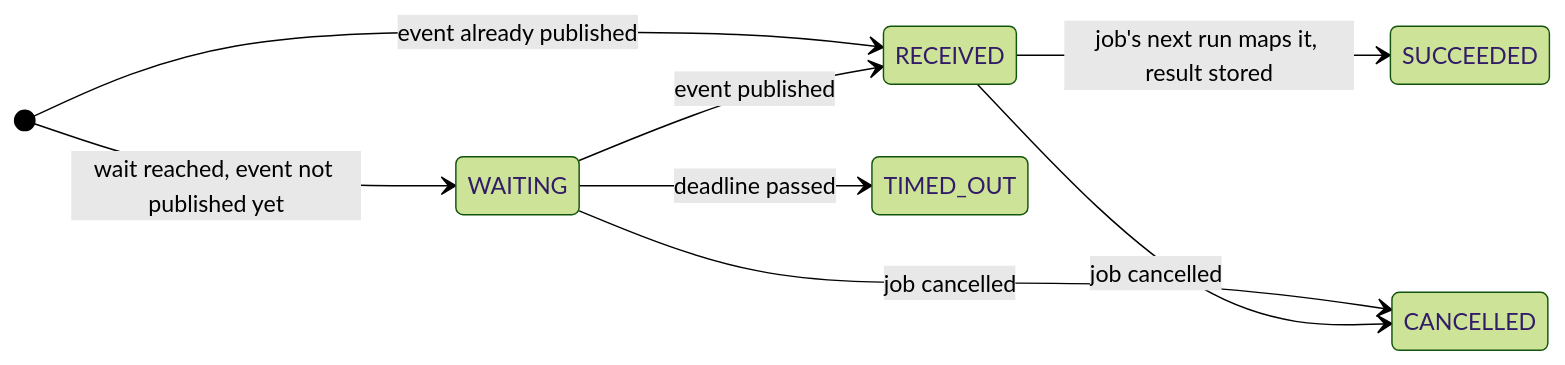
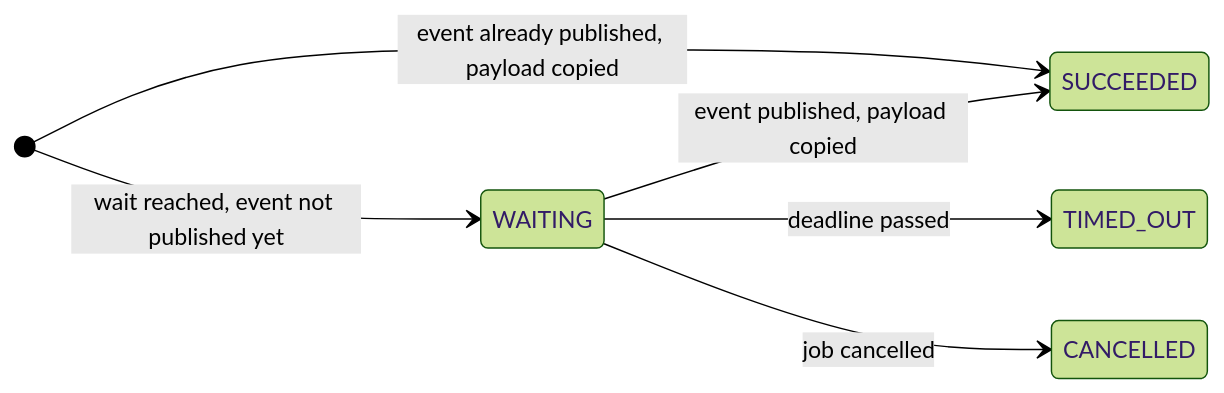
One commit to bikesched/bikesched changed the diagram in docs/events.md. Above: the diagram before and after it, drawn with Mermaid (forest theme). The commit also changed other lines of this file and 25 other files, not shown here.

````diff
--- a/docs/events.md
+++ b/docs/events.md
@@ -40,11 +41,9 @@
 ```mermaid
 stateDiagram-v2
     direction LR
     [*] --> WAITING: wait reached, event not published yet
-    [*] --> RECEIVED: event already published
-    WAITING --> RECEIVED: event published
+    [*] --> SUCCEEDED: event already published, payload copied
+    WAITING --> SUCCEEDED: event published, payload copied
     WAITING --> TIMED_OUT: deadline passed
-    RECEIVED --> SUCCEEDED: job's next run maps it, result stored
     WAITING --> CANCELLED: job cancelled
-    RECEIVED --> CANCELLED: job cancelled
 ```
````
